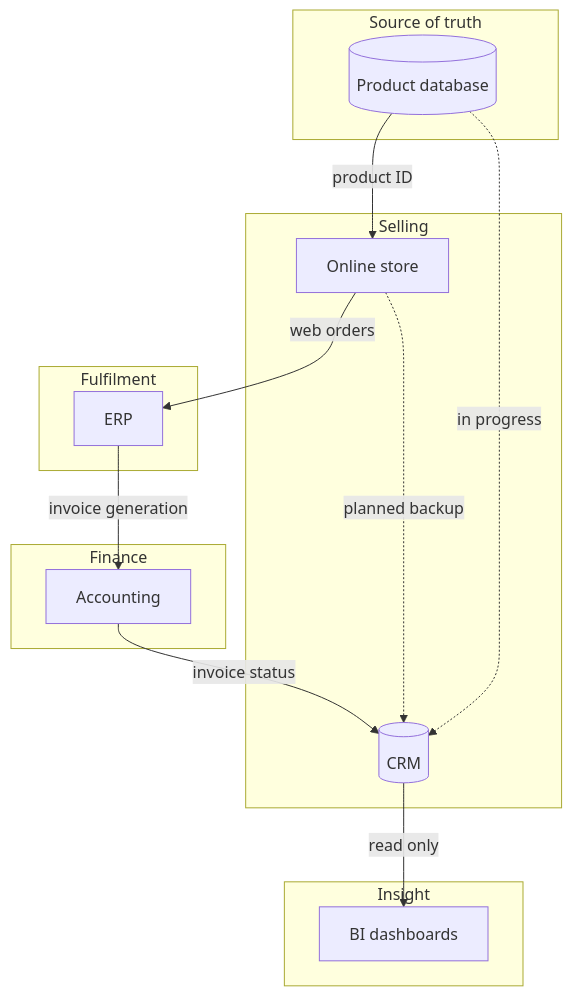
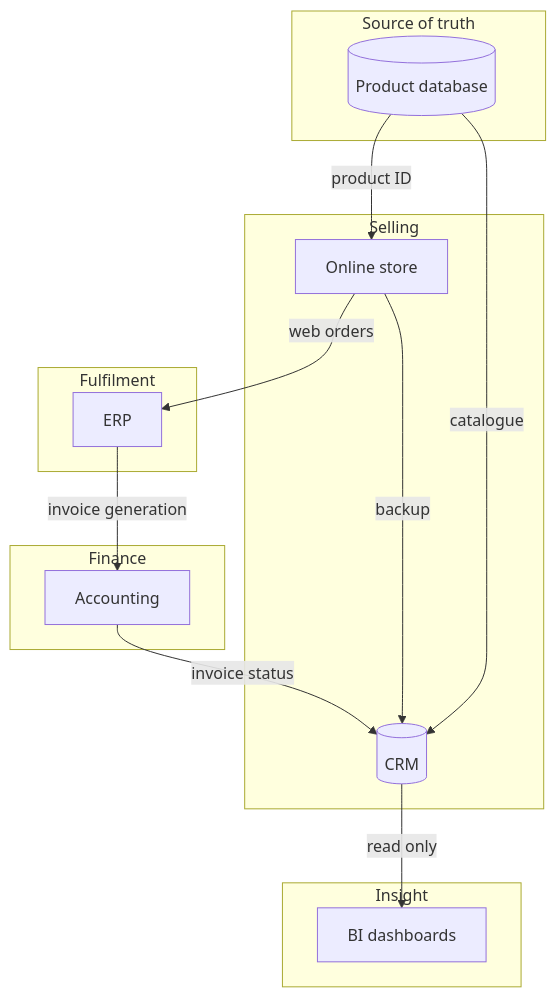
One commit to rbanola1/RevOps-Portfolio changed the diagram in 07-order-to-cash-architecture/diagrams/system_map.md. Above: the diagram before and after it, drawn with Mermaid. The commit also changed other lines of this file and 49 other files, not shown here.

````diff
--- a/07-order-to-cash-architecture/diagrams/system_map.md
+++ b/07-order-to-cash-architecture/diagrams/system_map.md
@@ -3,26 +3,26 @@
 ```mermaid
 flowchart TB
     subgraph Source of truth
       PDB[(Product database)]
     end
     subgraph Selling
       STORE[Online store]
       CRM[(CRM)]
     end
     subgraph Fulfilment
       ERP[ERP]
     end
     subgraph Finance
       ACC[Accounting]
     end
     subgraph Insight
       BI[BI dashboards]
     end
     PDB -->|product ID| STORE
-    PDB -.->|in progress| CRM
+    PDB -->|catalogue| CRM
     STORE -->|web orders| ERP
     ERP -->|invoice generation| ACC
     ACC -->|invoice status| CRM
     CRM -->|read only| BI
-    STORE -.->|planned backup| CRM
+    STORE -->|backup| CRM
 ```
````
